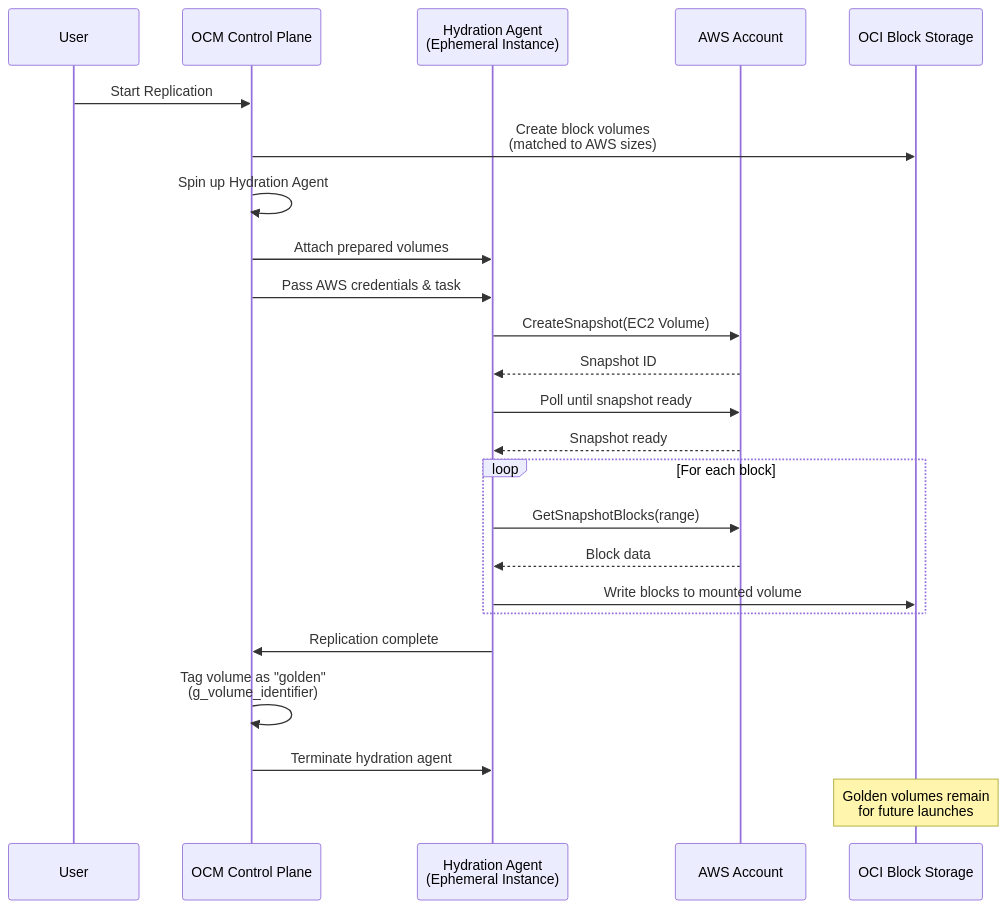
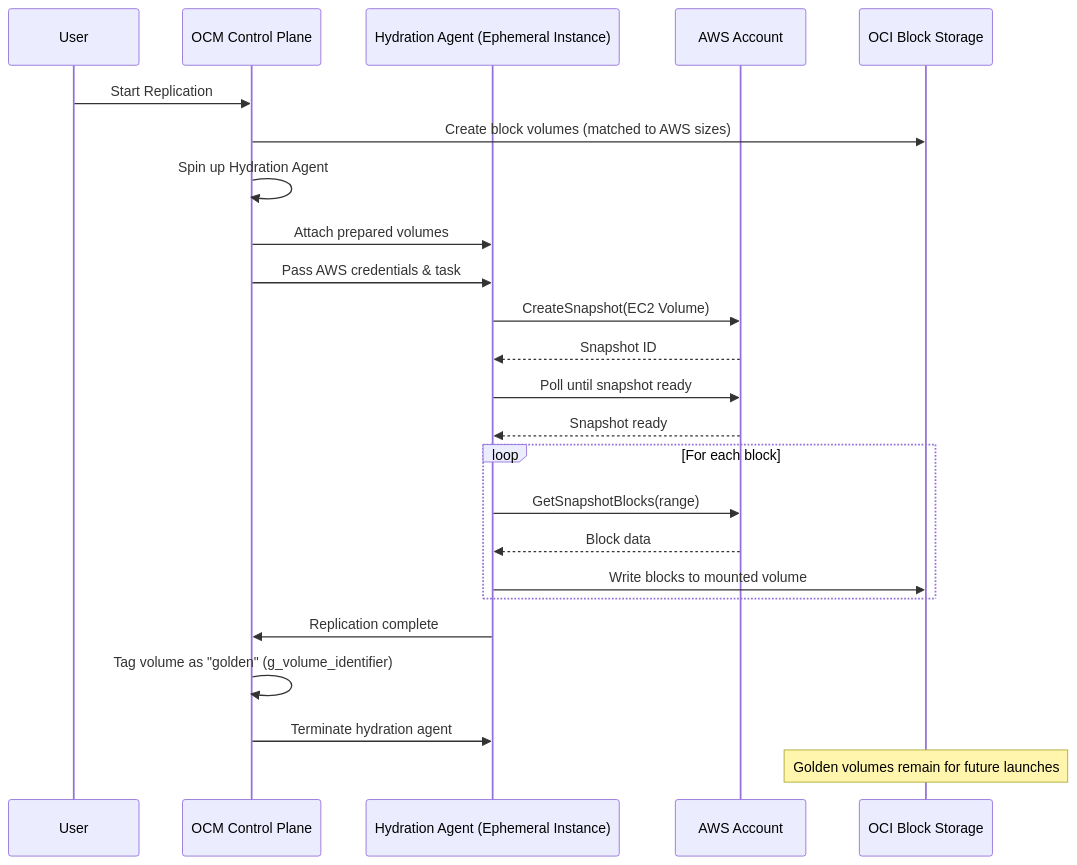
Before and after one commit to nyiell/tech-blog: the second of 4 diagrams in _posts/2025-10-13-oci-migrations-deep-dive.md, drawn with Mermaid. The commit also changed other lines of this file and 1 other file, not shown here.

Commit message:
Fix mermaid diagram syntax for proper rendering - Removed <br/> tags from sequence diagram participants (not supported) - Added quotes around node text containing special characters - Cleaned up line breaks in labels (replaced with spaces or dashes) - All diagrams should now render properly as interactive SVGs

````diff
--- a/_posts/2025-10-13-oci-migrations-deep-dive.md
+++ b/_posts/2025-10-13-oci-migrations-deep-dive.md
@@ -86,31 +86,31 @@
 ```mermaid
 sequenceDiagram
     participant User
     participant OCM as OCM Control Plane
-    participant HA as Hydration Agent<br/>(Ephemeral Instance)
+    participant HA as Hydration Agent (Ephemeral Instance)
     participant AWS as AWS Account
     participant OCI as OCI Block Storage
 
     User->>OCM: Start Replication
-    OCM->>OCI: Create block volumes<br/>(matched to AWS sizes)
+    OCM->>OCI: Create block volumes (matched to AWS sizes)
     OCM->>OCM: Spin up Hydration Agent
     OCM->>HA: Attach prepared volumes
     OCM->>HA: Pass AWS credentials & task
 
     HA->>AWS: CreateSnapshot(EC2 Volume)
     AWS-->>HA: Snapshot ID
     HA->>AWS: Poll until snapshot ready
     AWS-->>HA: Snapshot ready
 
     loop For each block
         HA->>AWS: GetSnapshotBlocks(range)
         AWS-->>HA: Block data
         HA->>OCI: Write blocks to mounted volume
     end
 
     HA->>OCM: Replication complete
-    OCM->>OCM: Tag volume as "golden"<br/>(g_volume_identifier)
+    OCM->>OCM: Tag volume as "golden" (g_volume_identifier)
     OCM->>HA: Terminate hydration agent
 
-    Note over OCI: Golden volumes remain<br/>for future launches
+    Note over OCI: Golden volumes remain for future launches
 ```
````
